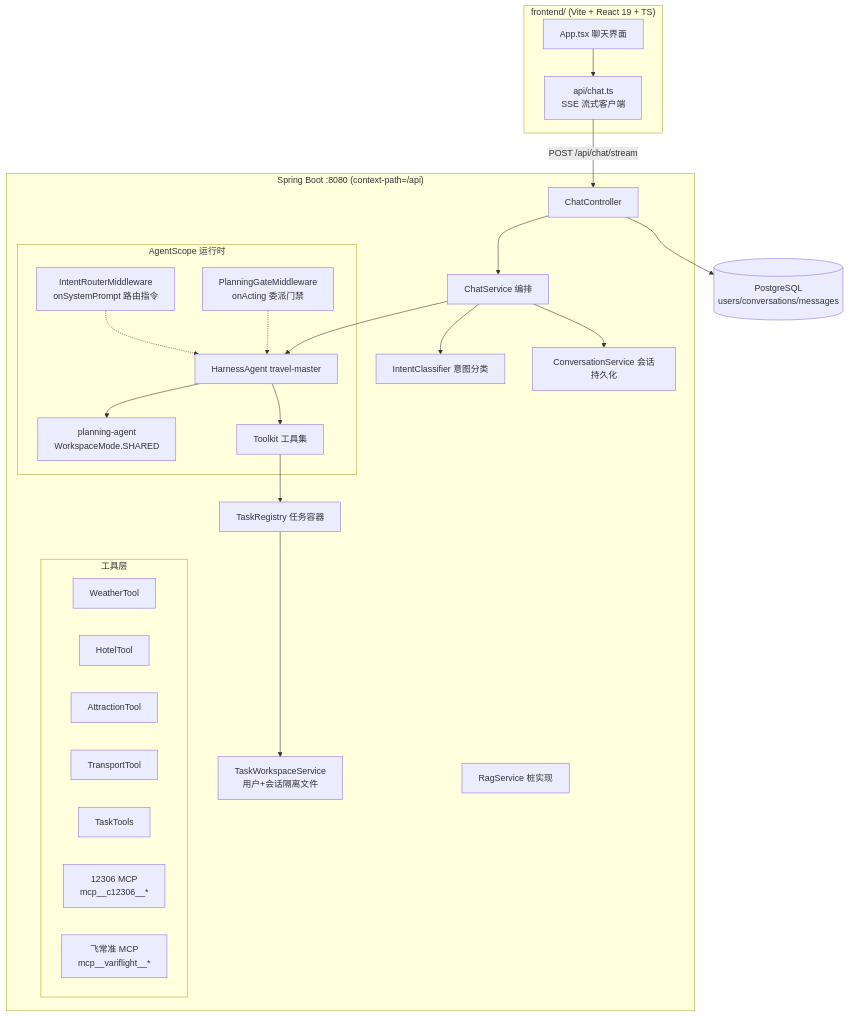
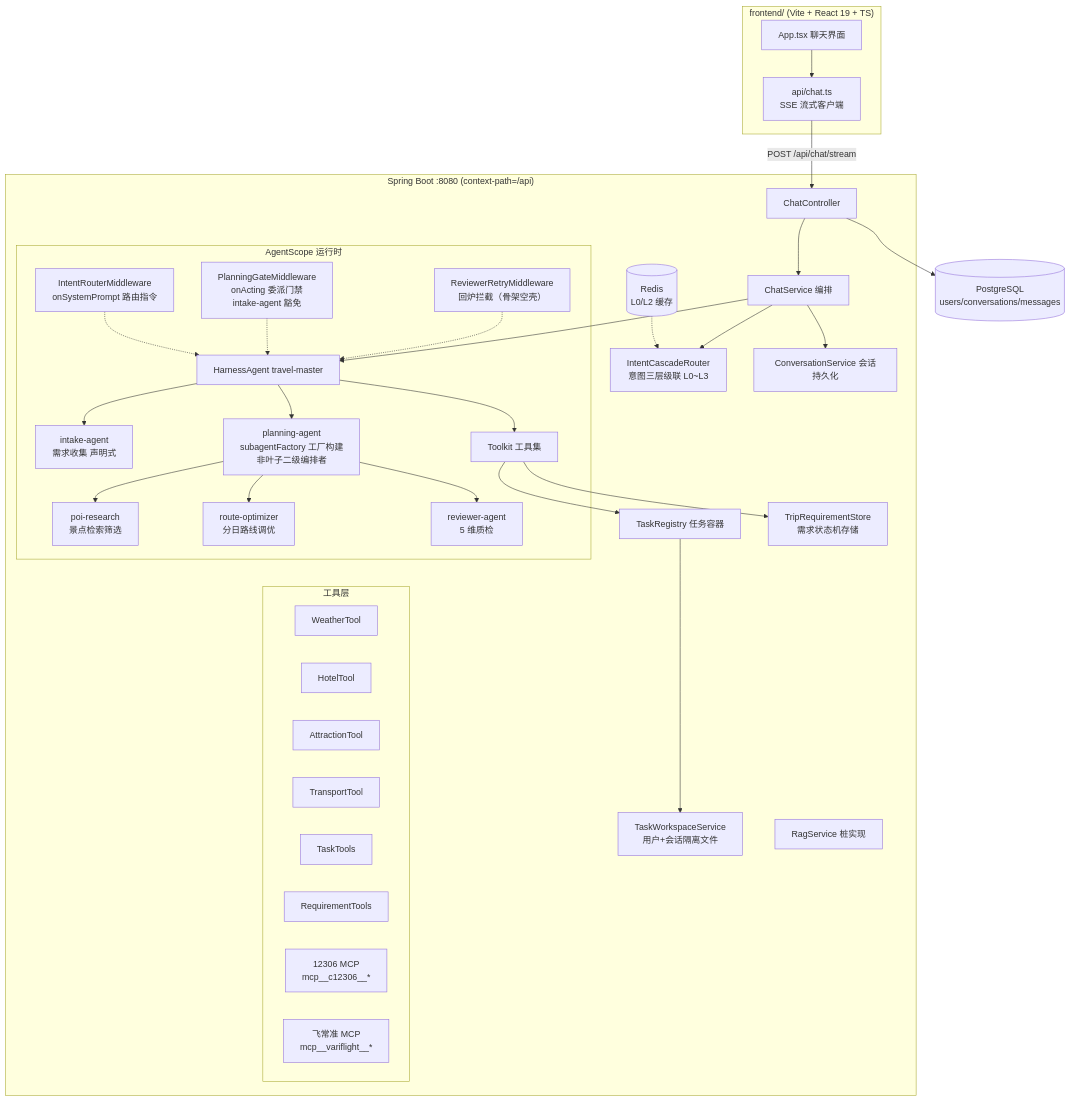
One commit to Kilsme/TravelScope changed the diagram in docs/architecture.md. Above: the diagram before and after it, drawn with Mermaid. The commit also changed other lines of this file and 18 other files, not shown here.

Commit message:
意图识别三层开发

````diff
--- a/docs/architecture.md
+++ b/docs/architecture.md
@@ -8,30 +9,39 @@
 ```mermaid
 flowchart TB
     subgraph 前端["frontend/ (Vite + React 19 + TS)"]
         UI[App.tsx 聊天界面] --> API[api/chat.ts<br/>SSE 流式客户端]
     end
     subgraph 后端["Spring Boot :8080 (context-path=/api)"]
         C[ChatController] --> CS[ChatService 编排]
-        CS --> IC[IntentClassifier 意图分类]
+        CS --> ICR[IntentCascadeRouter<br/>意图三层级联 L0~L3]
+        RDB[(Redis<br/>L0/L2 缓存)] -.-> ICR
         CS --> CONV[ConversationService 会话持久化]
         subgraph AgentScope 运行时
             MW1[IntentRouterMiddleware<br/>onSystemPrompt 路由指令]
-            MW2[PlanningGateMiddleware<br/>onActing 委派门禁]
-            MA[HarnessAgent travel-master] --> SA[planning-agent<br/>WorkspaceMode.SHARED]
+            MW2[PlanningGateMiddleware<br/>onActing 委派门禁<br/>intake-agent 豁免]
+            MW3[ReviewerRetryMiddleware<br/>回炉拦截（骨架空壳）]
+            MA[HarnessAgent travel-master] --> IA[intake-agent<br/>需求收集 声明式]
+            MA --> PA[planning-agent<br/>subagentFactory 工厂构建<br/>非叶子二级编排者]
+            PA --> POI[poi-research<br/>景点检索筛选]
+            PA --> RO[route-optimizer<br/>分日路线调优]
+            PA --> REV[reviewer-agent<br/>5 维质检]
             MA --> TK[Toolkit 工具集]
         end
         TR[TaskRegistry 任务容器] --> TWS[TaskWorkspaceService<br/>用户+会话隔离文件]
         TK --> TR
+        RQS[TripRequirementStore<br/>需求状态机存储] 
+        TK --> RQS
         subgraph 工具层
-            W[WeatherTool] ; H[HotelTool] ; A[AttractionTool] ; T[TransportTool] ; TT[TaskTools]
+            W[WeatherTool] ; H[HotelTool] ; A[AttractionTool] ; T[TransportTool] ; TT[TaskTools] ; RT[RequirementTools]
             M1[12306 MCP<br/>mcp__c12306__*] ; M2[飞常准 MCP<br/>mcp__variflight__*]
         end
         RAG[RagService 桩实现]
     end
     DB[(PostgreSQL<br/>users/conversations/messages)]
     API -- "POST /api/chat/stream" --> C
     C --> DB
     CS --> MA
     MW1 -.-> MA
     MW2 -.-> MA
+    MW3 -.-> MA
 ```
````
